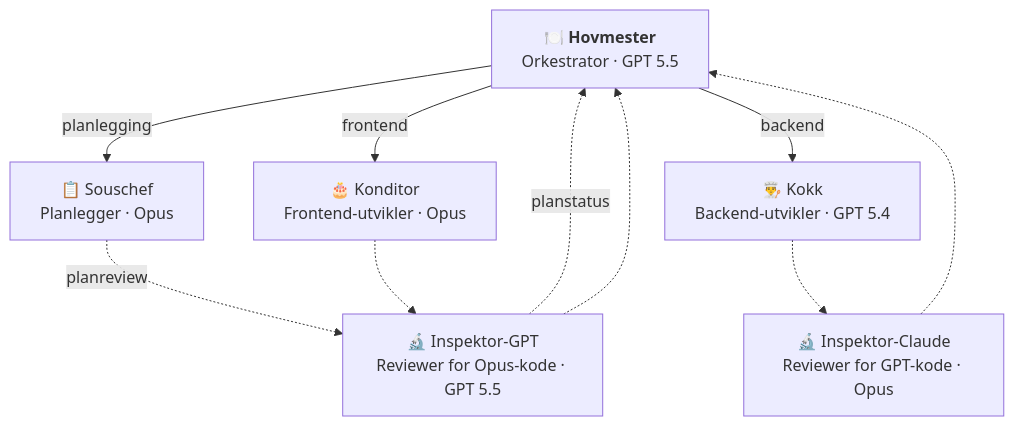
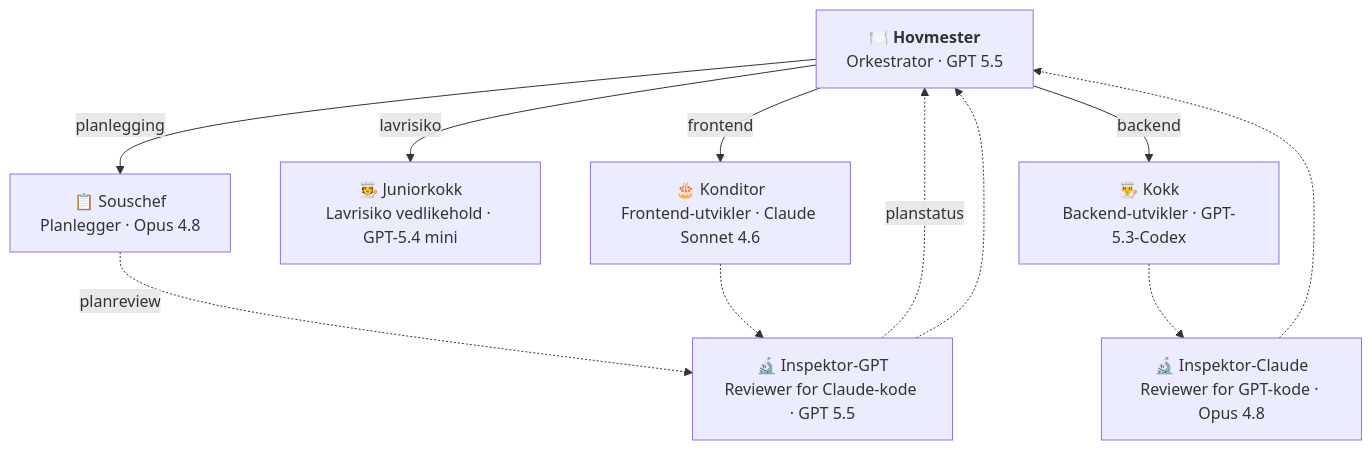
One commit to navikt/hovmester changed the diagram in README.md. Above: the diagram before and after it, drawn with Mermaid. The commit also changed other lines of this file and 22 other files, not shown here.

````diff
--- a/README.md
+++ b/README.md
@@ -38,17 +38,19 @@
 ```mermaid
 graph TD
     U["🍽️ <b>Hovmester</b><br/>Orkestrator · GPT 5.5"]
-    S["📋 Souschef<br/>Planlegger · Opus"]
-    K["👨‍🍳 Kokk<br/>Backend-utvikler · GPT 5.4"]
-    KO["🎂 Konditor<br/>Frontend-utvikler · Opus"]
-    IC["🔬 Inspektor-Claude<br/>Reviewer for GPT-kode · Opus"]
-    IG["🔬 Inspektor-GPT<br/>Reviewer for Opus-kode · GPT 5.5"]
+    S["📋 Souschef<br/>Planlegger · Opus 4.8"]
+    J["🧑‍🍳 Juniorkokk<br/>Lavrisiko vedlikehold · GPT-5.4 mini"]
+    K["👨‍🍳 Kokk<br/>Backend-utvikler · GPT-5.3-Codex"]
+    KO["🎂 Konditor<br/>Frontend-utvikler · Claude Sonnet 4.6"]
+    IC["🔬 Inspektor-Claude<br/>Reviewer for GPT-kode · Opus 4.8"]
+    IG["🔬 Inspektor-GPT<br/>Reviewer for Claude-kode · GPT 5.5"]
 
     U -- planlegging --> S
     S -. planreview .-> IG
     IG -. planstatus .-> U
+    U -- lavrisiko --> J
     U -- backend --> K
     U -- frontend --> KO
     K -.-> IC -.-> U
     KO -.-> IG -.-> U
 ```
````
